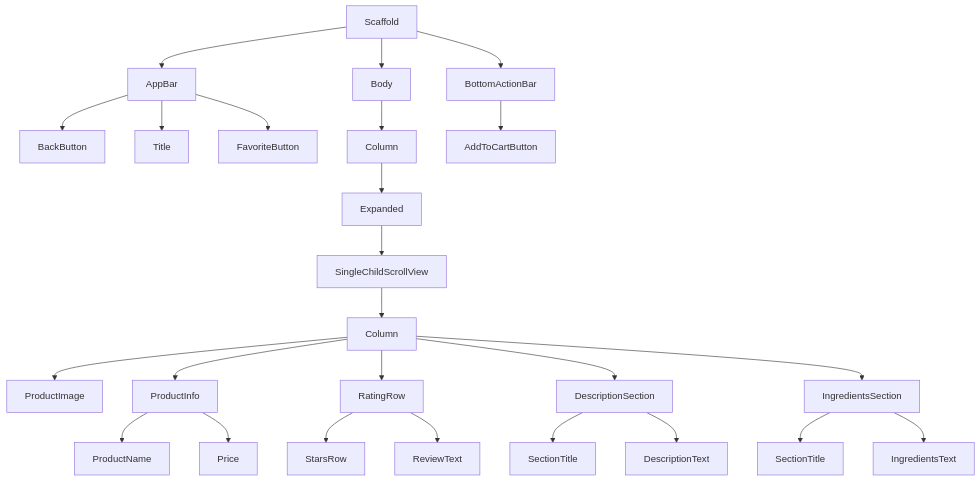
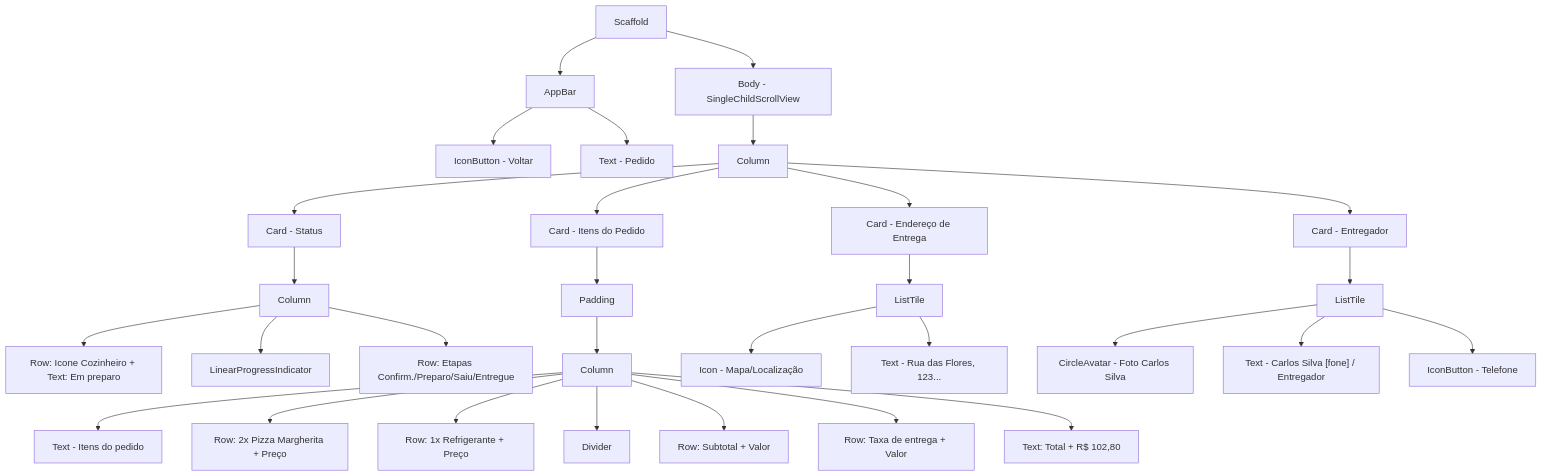
The diagram in lib/c_ex5.md (GustavosJesusSec/widget_flutter), drawn with Mermaid before and after one commit. The commit also changed 1 other file, not shown here.

Commit message:
feat: update flowcharts for screens in c_ex5 and c_ex6 with detailed component structure

````diff
--- a/lib/c_ex5.md
+++ b/lib/c_ex5.md
@@ -2,38 +2,39 @@
 ```mermaid
-graph TD
+flowchart TD
 
-A[Scaffold] --> B[AppBar]
-A --> C[Body]
-A --> D[BottomActionBar]
+    A[Scaffold] --> B[AppBar]
+    A --> D[Body - SingleChildScrollView]
+    
+    B --> C1[IconButton - Voltar]
+    B --> C2["Text - Pedido"]
 
-B --> B1[BackButton]
-B --> B2[Title]
-B --> B3[FavoriteButton]
+    D --> E[Column]
 
-C --> E[Column]
+    E --> F[Card - Status]
+    F --> F1[Column]
+    F1 --> F1a[Row: Icone Cozinheiro + Text: Em preparo]
+    F1 --> F1b[LinearProgressIndicator]
+    F1 --> F1c[Row: Etapas Confirm./Preparo/Saiu/Entregue]
 
-E --> F[Expanded]
-F --> G[SingleChildScrollView]
+    E --> G[Card - Itens do Pedido]
+    G --> H[Padding]
+    H --> I[Column]
+    I --> I1["Text - Itens do pedido"]
+    I --> I2[Row: 2x Pizza Margherita + Preço]
+    I --> I3[Row: 1x Refrigerante + Preço]
+    I --> I4[Divider]
+    I --> I5[Row: Subtotal + Valor]
+    I --> I6[Row: Taxa de entrega + Valor]
+    I --> I7["Text: Total + R$ 102,80"]
 
-G --> H[Column]
+    E --> J[Card - Endereço de Entrega]
+    J --> J1[ListTile]
+    J1 --> J1a[Icon - Mapa/Localização]
+    J1 --> J1b["Text - Rua das Flores, 123..."]
 
-H --> I[ProductImage]
-H --> J[ProductInfo]
-H --> K[RatingRow]
-H --> L[DescriptionSection]
-H --> M[IngredientsSection]
-
-D --> N[AddToCartButton]
-
-J --> J1[ProductName]
-J --> J2[Price]
-
-K --> K1[StarsRow]
-K --> K2[ReviewText]
-
-L --> L1[SectionTitle]
-L --> L2[DescriptionText]
-
-M --> M1[SectionTitle]
-M --> M2[IngredientsText]
+    E --> K[Card - Entregador]
+    K --> L[ListTile]
+    L --> L1[CircleAvatar - Foto Carlos Silva]
+    L --> L2["Text - Carlos Silva [fone] / Entregador"]
+    L --> L3[IconButton - Telefone]
 ```
````
